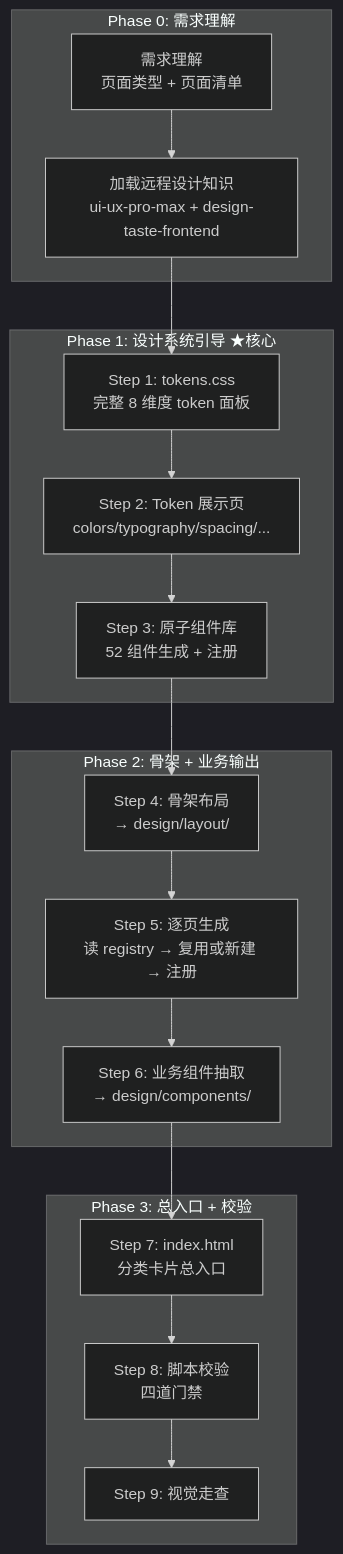
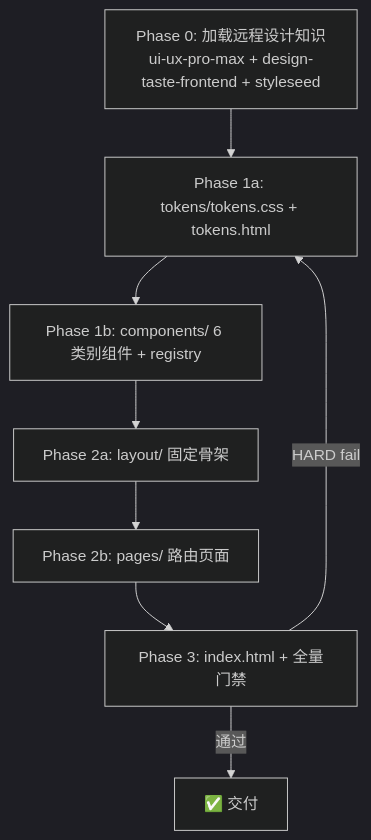
Before and after one commit to YuluoY/claude-uluo: the diagram in skills/html-blueprint/SKILL.md, drawn with Mermaid (dark theme). The commit also changed other lines of this file and 34 other files, not shown here.

First line of the commit message:
feat: html-blueprint flow.js 重写 + navigation-protocol + uluo-web-standards 校验增强

````diff
--- a/skills/html-blueprint/SKILL.md
+++ b/skills/html-blueprint/SKILL.md
@@ -17,23 +34,10 @@
 ```mermaid
 flowchart TD
-    subgraph P0["Phase 0: 需求理解"]
-        S0["需求理解\n页面类型 + 页面清单"]
-        S0L["加载远程设计知识\nui-ux-pro-max + design-taste-frontend"]
-    end
-    subgraph P1["Phase 1: 设计系统引导 ★核心"]
-        S1["Step 1: tokens.css\n完整 8 维度 token 面板"]
-        S2["Step 2: Token 展示页\ncolors/typography/spacing/..."]
-        S3["Step 3: 原子组件库\n52 组件生成 + 注册"]
-    end
-    subgraph P2["Phase 2: 骨架 + 业务输出"]
-        S4["Step 4: 骨架布局\n→ design/layout/"]
-        S5["Step 5: 逐页生成\n读 registry → 复用或新建 → 注册"]
-        S6["Step 6: 业务组件抽取\n→ design/components/"]
-    end
-    subgraph P3["Phase 3: 总入口 + 校验"]
-        S7["Step 7: index.html\n分类卡片总入口"]
-        S8["Step 8: 脚本校验\n四道门禁"]
-        S9["Step 9: 视觉走查"]
-    end
-    S0 --> S0L --> S1 --> S2 --> S3 --> S4 --> S5 --> S6 --> S7 --> S8 --> S9
+    P0["Phase 0: 加载远程设计知识\nui-ux-pro-max + design-taste-frontend + styleseed"] --> P1a["Phase 1a: tokens/tokens.css + tokens.html"]
+    P1a --> P1b["Phase 1b: components/ 6 类别组件 + registry"]
+    P1b --> P2a["Phase 2a: layout/ 固定骨架"]
+    P2a --> P2b["Phase 2b: pages/ 路由页面"]
+    P2b --> P3["Phase 3: index.html + 全量门禁"]
+    P3 -->|HARD fail| P1a
+    P3 -->|通过| DONE["✅ 交付"]
 ```
````
